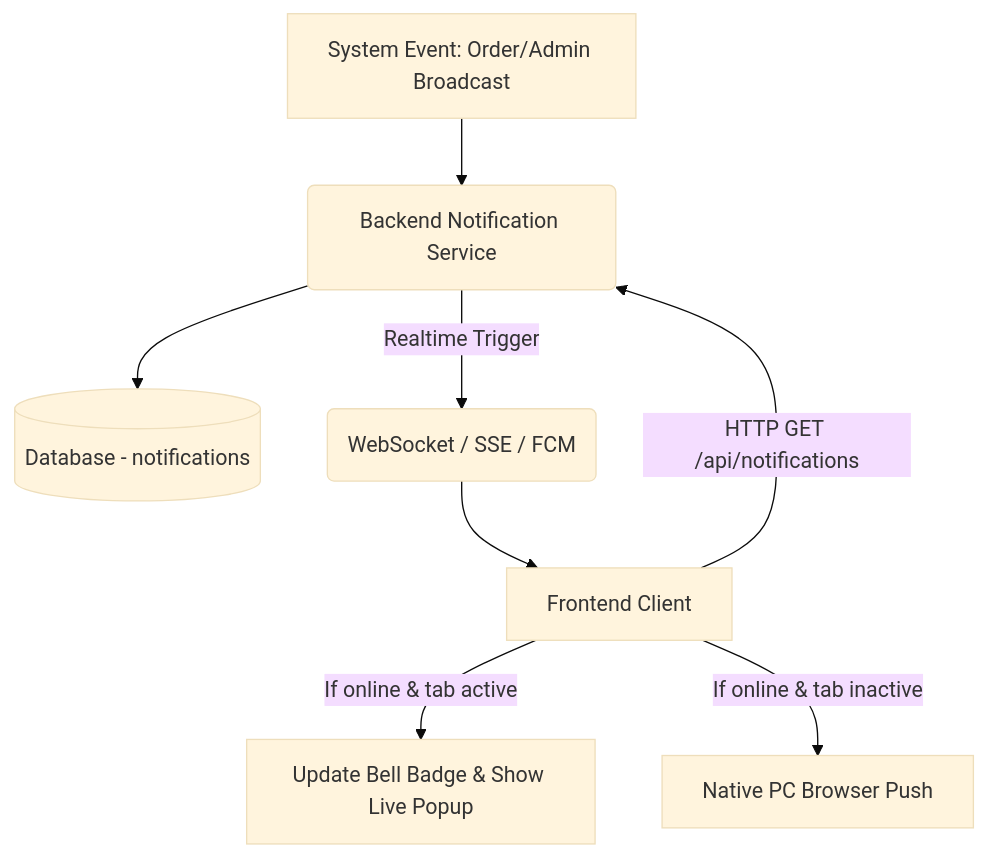
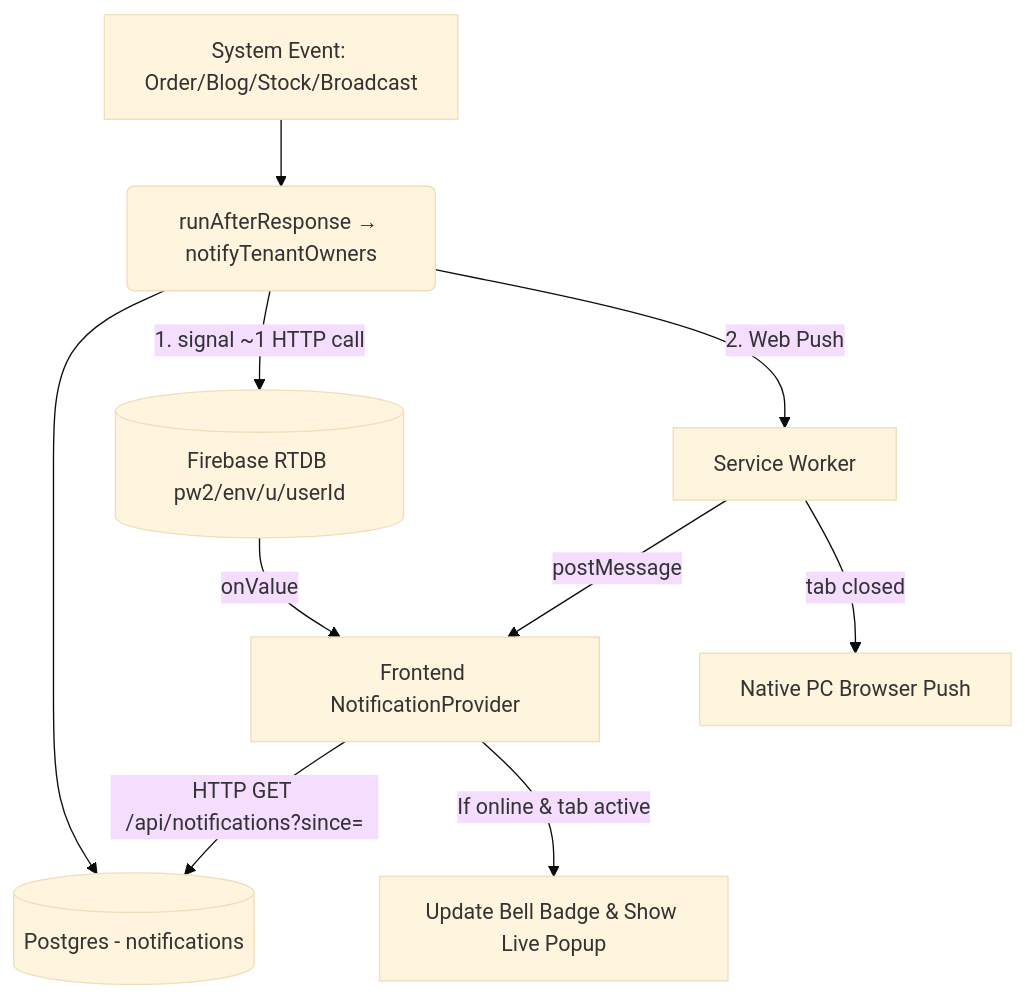
One commit to tranjunp2-cloud/Build-WebStore- changed the diagram in docs/architecture/F16-notification-center.md. Above: the diagram before and after it, drawn with Mermaid (base theme). The commit also changed other lines of this file and 3568 other files, not shown here.

````diff
--- a/docs/architecture/F16-notification-center.md
+++ b/docs/architecture/F16-notification-center.md
@@ -13,12 +13,12 @@
 ```mermaid
 graph TD
-    A[System Event: Order/Admin Broadcast] --> B(Backend Notification Service)
-    B --> C[(Database - notifications)]
-    B -->|Realtime Trigger| D(WebSocket / SSE / FCM)
-    D --> E[Frontend Client]
-    
+    A[System Event: Order/Blog/Stock/Broadcast] --> B(runAfterResponse → notifyTenantOwners)
+    B --> C[(Postgres - notifications)]
+    B -->|1. signal ~1 HTTP call| R[(Firebase RTDB pw2/env/u/userId)]
+    B -->|2. Web Push| P[Service Worker]
+    R -->|onValue| E[Frontend NotificationProvider]
+    P -->|postMessage| E
+    E -->|HTTP GET /api/notifications?since=| C
     E -->|If online & tab active| F[Update Bell Badge & Show Live Popup]
-    E -->|If online & tab inactive| G[Native PC Browser Push]
-    
-    E -->|HTTP GET /api/notifications| B
+    P -->|tab closed| G[Native PC Browser Push]
 ```
````
